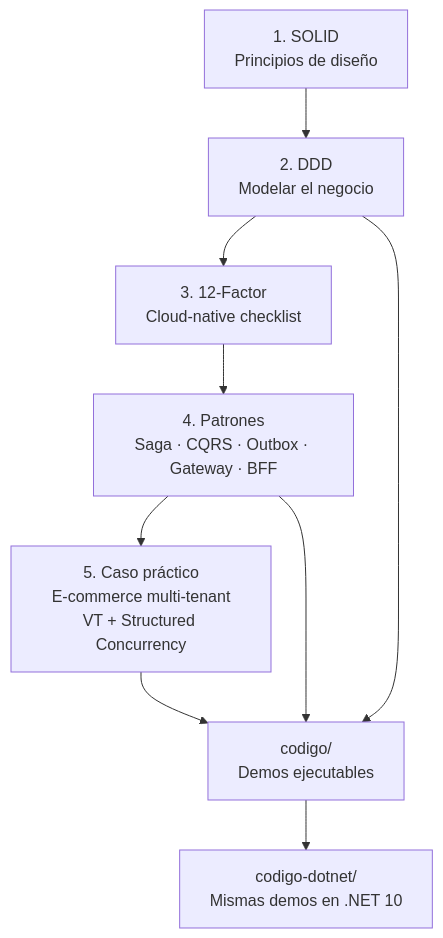
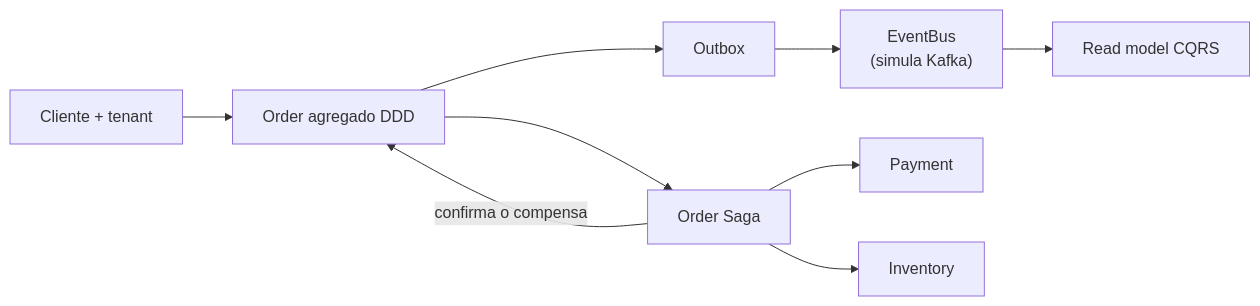
The diagram in modulo-01-fundamentos-arquitectura/README.md (joedayz/microservicios-2026), drawn with Mermaid before and after one commit. The commit also changed other lines of this file and 7 other files, not shown here.

````diff
--- a/modulo-01-fundamentos-arquitectura/README.md
+++ b/modulo-01-fundamentos-arquitectura/README.md
@@ -36,14 +26,20 @@
 ```mermaid
-flowchart TB
-    SOLID["1. SOLID<br/>Principios de diseño"]
-    DDD["2. DDD<br/>Modelar el negocio"]
-    F12["3. 12-Factor<br/>Cloud-native checklist"]
-    PAT["4. Patrones<br/>Saga · CQRS · Outbox · Gateway · BFF"]
-    CASO["5. Caso práctico<br/>E-commerce multi-tenant<br/>VT + Structured Concurrency"]
+flowchart LR
+    CLIENT["Cliente + tenant"]
+    ORDER["Order agregado DDD"]
+    OUTBOX["Outbox"]
+    BUS["EventBus<br/>(simula Kafka)"]
+    CQRS["Read model CQRS"]
+    SAGA["Order Saga"]
+    PAY["Payment"]
+    INV["Inventory"]
 
-    SOLID --> DDD --> F12 --> PAT --> CASO
-    CASO --> CODE["codigo/<br/>Demos ejecutables"]
-    PAT --> CODE
-    DDD --> CODE
-    CODE --> NET["codigo-dotnet/<br/>Mismas demos en .NET 10"]
+    CLIENT --> ORDER
+    ORDER --> OUTBOX
+    OUTBOX --> BUS
+    BUS --> CQRS
+    ORDER --> SAGA
+    SAGA --> PAY
+    SAGA --> INV
+    SAGA -->|confirma o compensa| ORDER
 ```
````
